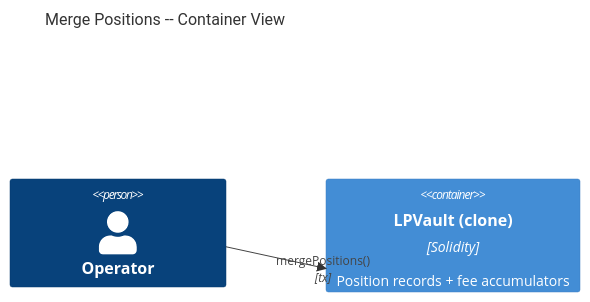
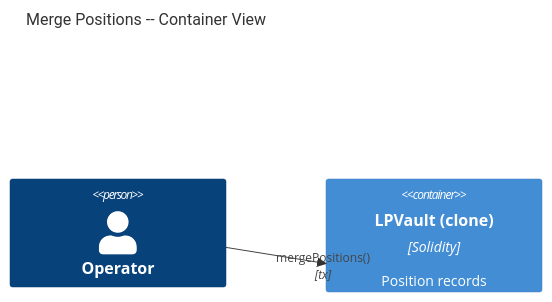
One commit to ProphetMarket/lp-vaults changed the second of 3 diagrams in specs/features/contracts/FEAT-K1M2-merge-positions/ARCHITECTURE.md. Above: the diagram before and after it, drawn with Mermaid. The commit also changed other lines of this file and 73 other files, not shown here.

First line of the commit message:
spec (vault): Retire the fee accounting (R17)

````diff
--- a/specs/features/contracts/FEAT-K1M2-merge-positions/ARCHITECTURE.md
+++ b/specs/features/contracts/FEAT-K1M2-merge-positions/ARCHITECTURE.md
@@ -23,7 +23,7 @@
 ```mermaid
 C4Container
     title Merge Positions -- Container View
     Person(operator, "Operator")
-    Container(vault, "LPVault (clone)", "Solidity", "Position records + fee accumulators")
+    Container(vault, "LPVault (clone)", "Solidity", "Position records")
     Rel(operator, vault, "mergePositions()", "tx")
 ```
````
